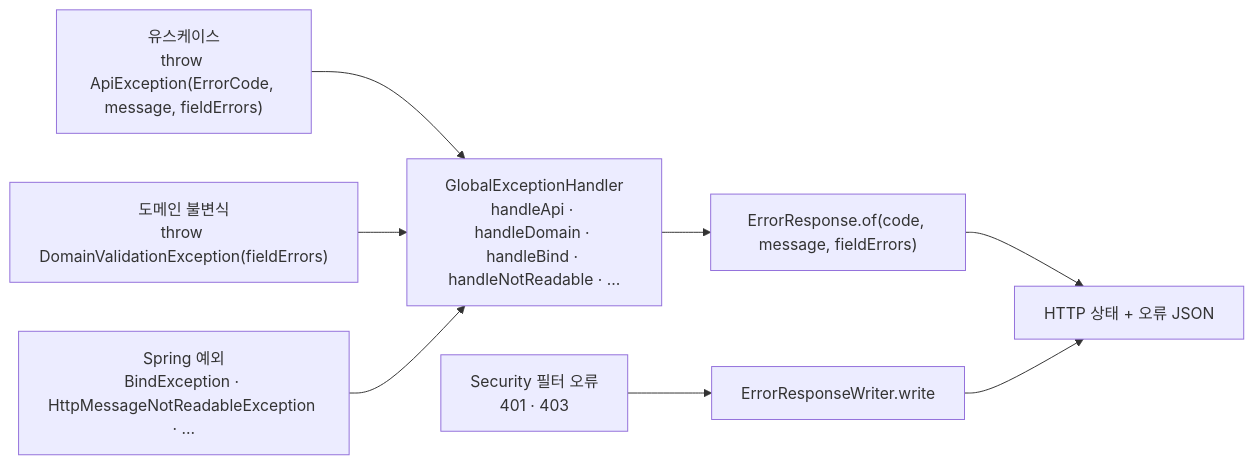
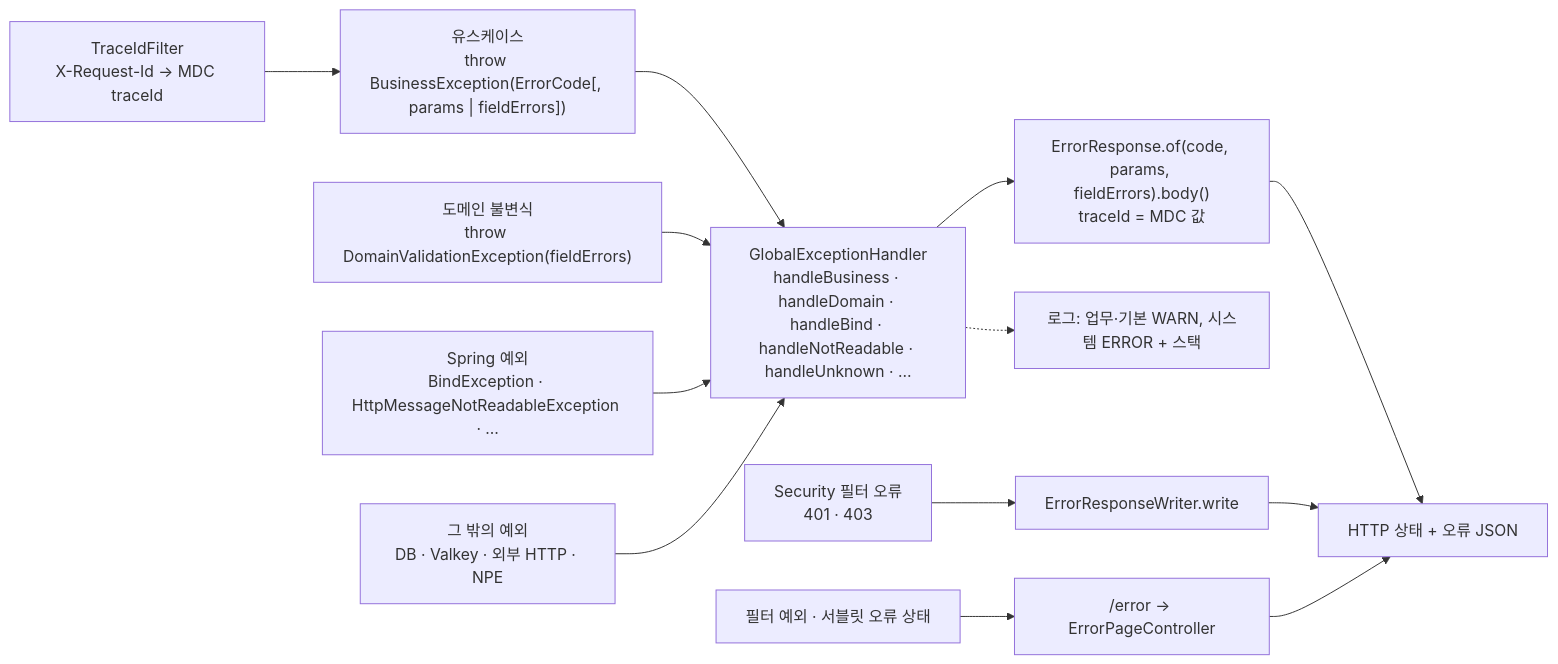
Before and after one commit to showzone83/wearly: the third of 15 diagrams in doc/10_백엔드_흐름.md, drawn with Mermaid. The commit also changed other lines of this file and 16 other files, not shown here.

````diff
--- a/doc/10_백엔드_흐름.md
+++ b/doc/10_백엔드_흐름.md
@@ -158,8 +159,12 @@
 ```mermaid
 flowchart LR
-  S["유스케이스<br/>throw ApiException(ErrorCode, message, fieldErrors)"] --> G["GlobalExceptionHandler<br/>handleApi · handleDomain · handleBind · handleNotReadable · …"]
+  T["TraceIdFilter<br/>X-Request-Id → MDC traceId"] --> S
+  S["유스케이스<br/>throw BusinessException(ErrorCode[, params | fieldErrors])"] --> G["GlobalExceptionHandler<br/>handleBusiness · handleDomain · handleBind · handleNotReadable · handleUnknown · …"]
   D["도메인 불변식<br/>throw DomainValidationException(fieldErrors)"] --> G
   F["Spring 예외<br/>BindException · HttpMessageNotReadableException · …"] --> G
-  G --> R["ErrorResponse.of(code, message, fieldErrors)"] --> J["HTTP 상태 + 오류 JSON"]
+  X["그 밖의 예외<br/>DB · Valkey · 외부 HTTP · NPE"] --> G
+  G --> R["ErrorResponse.of(code, params, fieldErrors).body()<br/>traceId = MDC 값"] --> J["HTTP 상태 + 오류 JSON"]
+  G -.-> L["로그: 업무·기본 WARN, 시스템 ERROR + 스택"]
   SEC["Security 필터 오류<br/>401 · 403"] --> W["ErrorResponseWriter.write"] --> J
+  FE["필터 예외 · 서블릿 오류 상태"] --> E["/error → ErrorPageController"] --> J
 ```
````
